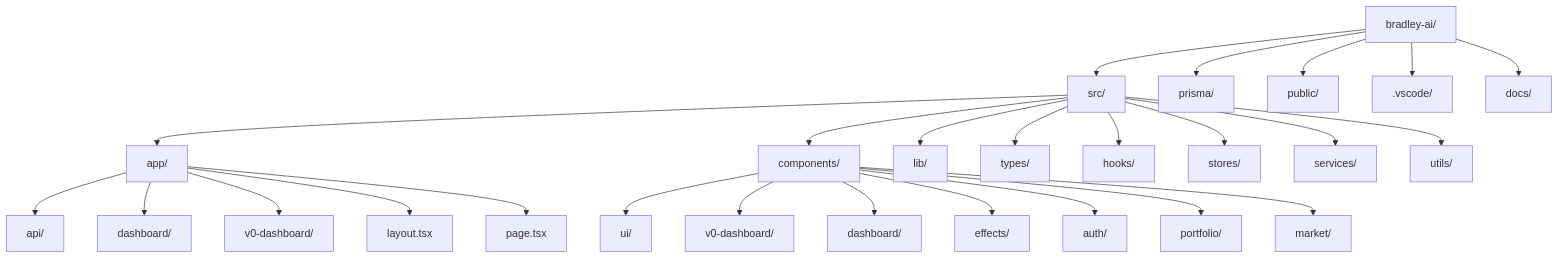
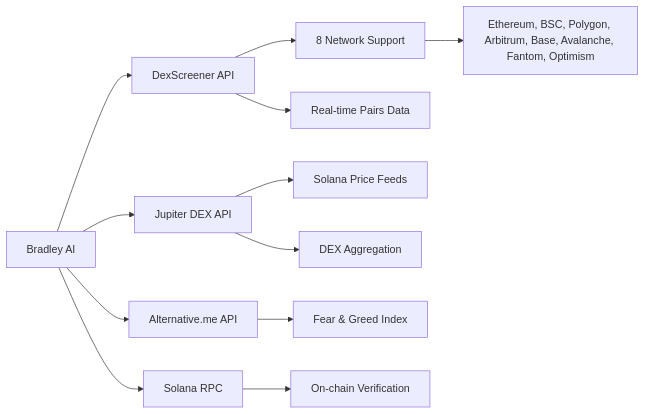
The third of 22 diagrams in COMPREHENSIVE_REPOSITORY_ANALYSIS.md (didier3529/Bradley-AI), drawn with Mermaid before and after one commit. The commit also changed other lines of this file and 224 other files, not shown here.

````diff
--- a/COMPREHENSIVE_REPOSITORY_ANALYSIS.md
+++ b/COMPREHENSIVE_REPOSITORY_ANALYSIS.md
@@ -131,31 +220,16 @@
 ```mermaid
-graph TD
-    A[bradley-ai/] --> B[src/]
-    A --> C[prisma/]
-    A --> D[public/]
-    A --> E[.vscode/]
-    A --> F[docs/]
+graph LR
+    A[Bradley AI] --> B[DexScreener API]
+    A --> C[Jupiter DEX API]
+    A --> D[Alternative.me API]
+    A --> E[Solana RPC]
 
-    B --> G[app/]
-    B --> H[components/]
-    B --> I[lib/]
-    B --> J[types/]
-    B --> K[hooks/]
-    B --> L[stores/]
-    B --> M[services/]
-    B --> N[utils/]
+    B --> F[8 Network Support]
+    B --> G[Real-time Pairs Data]
+    C --> H[Solana Price Feeds]
+    C --> I[DEX Aggregation]
+    D --> J[Fear & Greed Index]
+    E --> K[On-chain Verification]
 
-    G --> O[api/]
-    G --> P[dashboard/]
-    G --> Q[v0-dashboard/]
-    G --> R[layout.tsx]
-    G --> S[page.tsx]
-
-    H --> T[ui/]
-    H --> U[v0-dashboard/]
-    H --> V[dashboard/]
-    H --> W[effects/]
-    H --> X[auth/]
-    H --> Y[portfolio/]
-    H --> Z[market/]
+    F --> L[Ethereum, BSC, Polygon, Arbitrum, Base, Avalanche, Fantom, Optimism]
 ```
````
